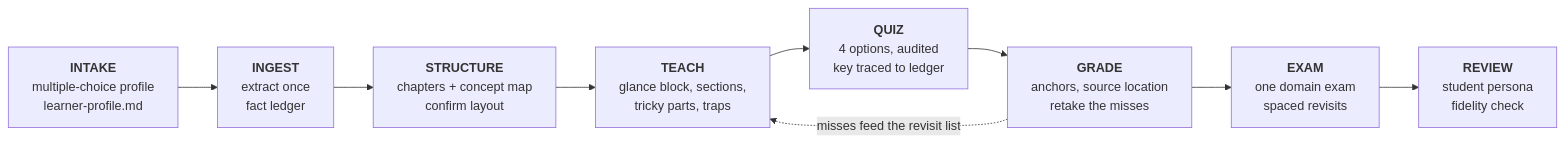
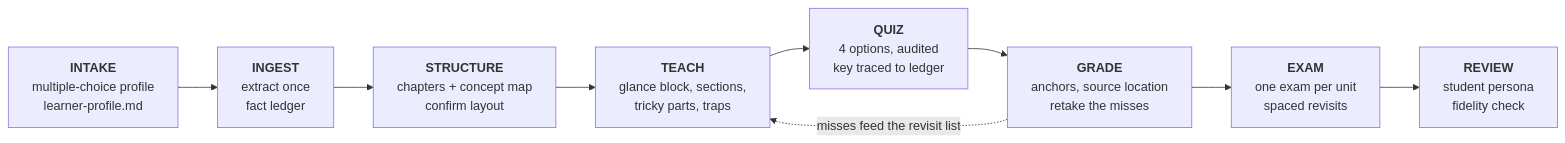
Before and after one commit to bassem-elsodany/study-guide-tutor-skill: the diagram in docs/diagrams/teaching-loop.mmd, drawn with Mermaid. The commit also changed 80 other files, not shown here.

```diff
--- a/docs/diagrams/teaching-loop.mmd
+++ b/docs/diagrams/teaching-loop.mmd
@@ -1,11 +1,11 @@
 flowchart LR
     A["<b>INTAKE</b><br/>multiple-choice profile<br/>learner-profile.md"]
     B["<b>INGEST</b><br/>extract once<br/>fact ledger"]
     C["<b>STRUCTURE</b><br/>chapters + concept map<br/>confirm layout"]
     D["<b>TEACH</b><br/>glance block, sections,<br/>tricky parts, traps"]
     E["<b>QUIZ</b><br/>4 options, audited<br/>key traced to ledger"]
     F["<b>GRADE</b><br/>anchors, source location<br/>retake the misses"]
-    G["<b>EXAM</b><br/>one domain exam<br/>spaced revisits"]
+    G["<b>EXAM</b><br/>one exam per unit<br/>spaced revisits"]
     H["<b>REVIEW</b><br/>student persona<br/>fidelity check"]
     A --> B --> C --> D --> E --> F --> G --> H
     F -. "misses feed the revisit list" .-> D
```
